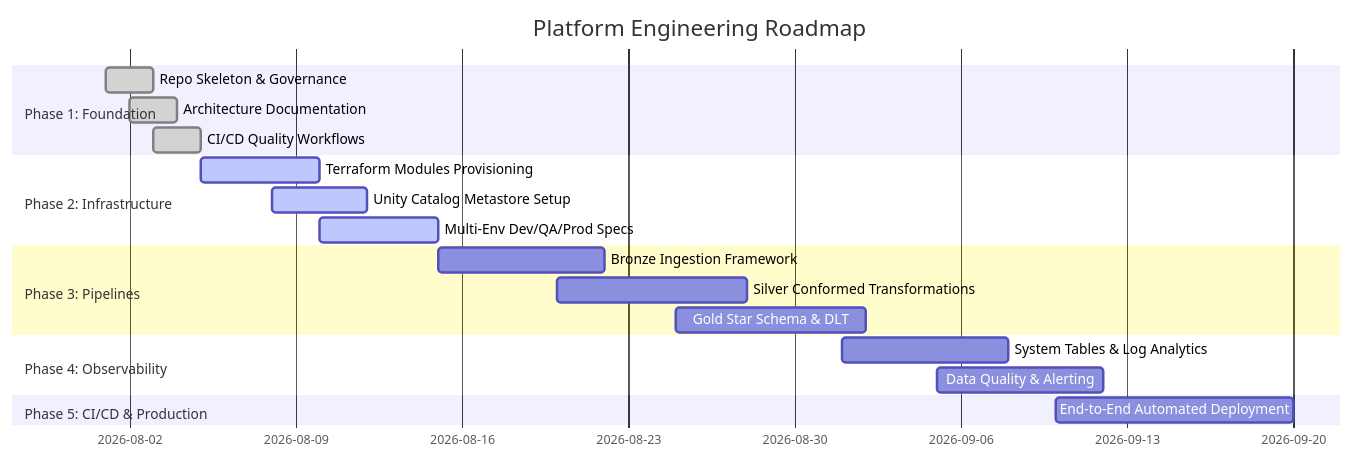
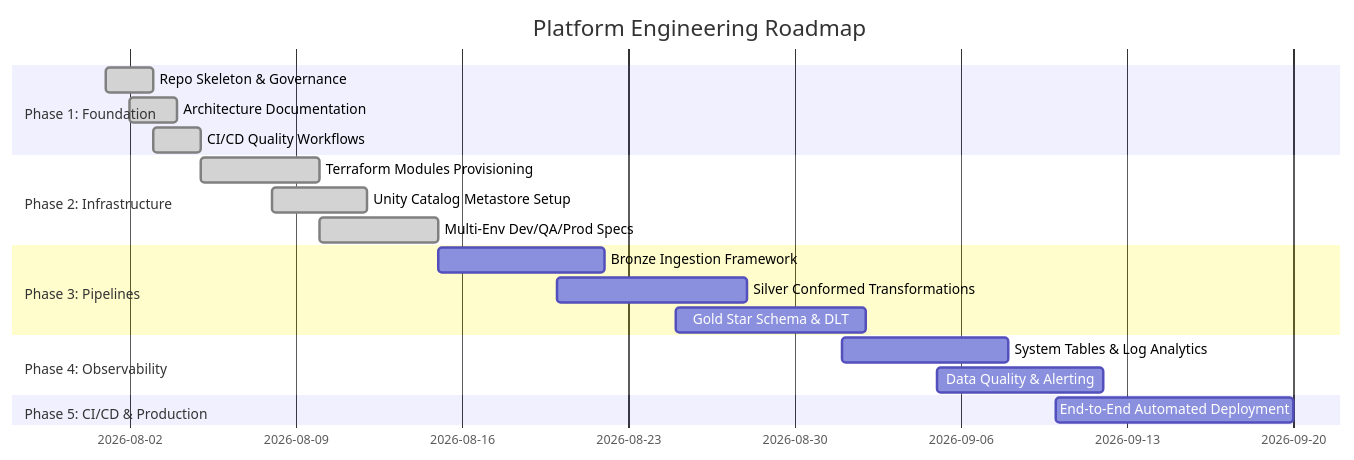
Before and after one commit to An0N-ops/Azure-Databricks-Lakehouse-Platform: the diagram in docs/project-roadmap.md, drawn with Mermaid. The commit also changed other lines of this file and 15 other files, not shown here.

````diff
--- a/docs/project-roadmap.md
+++ b/docs/project-roadmap.md
@@ -11,22 +11,22 @@
 ```mermaid
 gantt
     title Platform Engineering Roadmap
     dateFormat  YYYY-MM-DD
     section Phase 1: Foundation
     Repo Skeleton & Governance       :done, p1_1, 2026-08-01, 2026-08-03
     Architecture Documentation      :done, p1_2, 2026-08-02, 2026-08-04
     CI/CD Quality Workflows          :done, p1_3, 2026-08-03, 2026-08-05
     section Phase 2: Infrastructure
-    Terraform Modules Provisioning   :active, p2_1, 2026-08-05, 2026-08-10
-    Unity Catalog Metastore Setup   :active, p2_2, 2026-08-08, 2026-08-12
-    Multi-Env Dev/QA/Prod Specs     :active, p2_3, 2026-08-10, 2026-08-15
+    Terraform Modules Provisioning   :done, p2_1, 2026-08-05, 2026-08-10
+    Unity Catalog Metastore Setup    :done, p2_2, 2026-08-08, 2026-08-12
+    Multi-Env Dev/QA/Prod Specs      :done, p2_3, 2026-08-10, 2026-08-15
     section Phase 3: Pipelines
     Bronze Ingestion Framework      : p3_1, 2026-08-15, 2026-08-22
     Silver Conformed Transformations : p3_2, 2026-08-20, 2026-08-28
     Gold Star Schema & DLT          : p3_3, 2026-08-25, 2026-09-02
     section Phase 4: Observability
     System Tables & Log Analytics   : p4_1, 2026-09-01, 2026-09-08
     Data Quality & Alerting         : p4_2, 2026-09-05, 2026-09-12
     section Phase 5: CI/CD & Production
     End-to-End Automated Deployment  : p5_1, 2026-09-10, 2026-09-20
 ```
````
